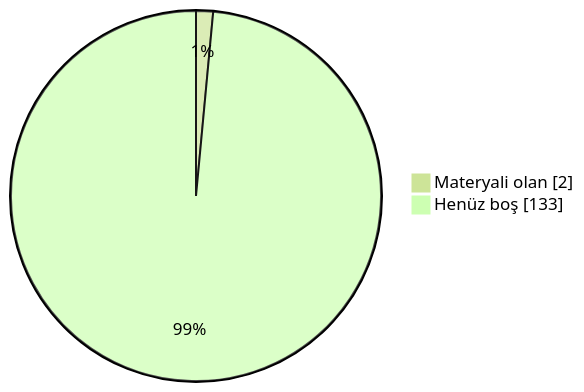
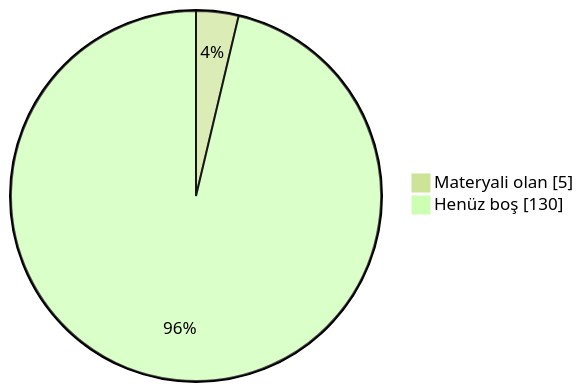
Before and after one commit to MarmaraArsiv/tek_makine: the diagram in README.md, drawn with Mermaid (forest theme). The commit also changed other lines of this file, not shown here.

````diff
--- a/README.md
+++ b/README.md
@@ -108,5 +108,5 @@
 ```mermaid
 pie showData
-  "Materyali olan" : 2
-  "Henüz boş" : 133
+  "Materyali olan" : 5
+  "Henüz boş" : 130
 ```
````
